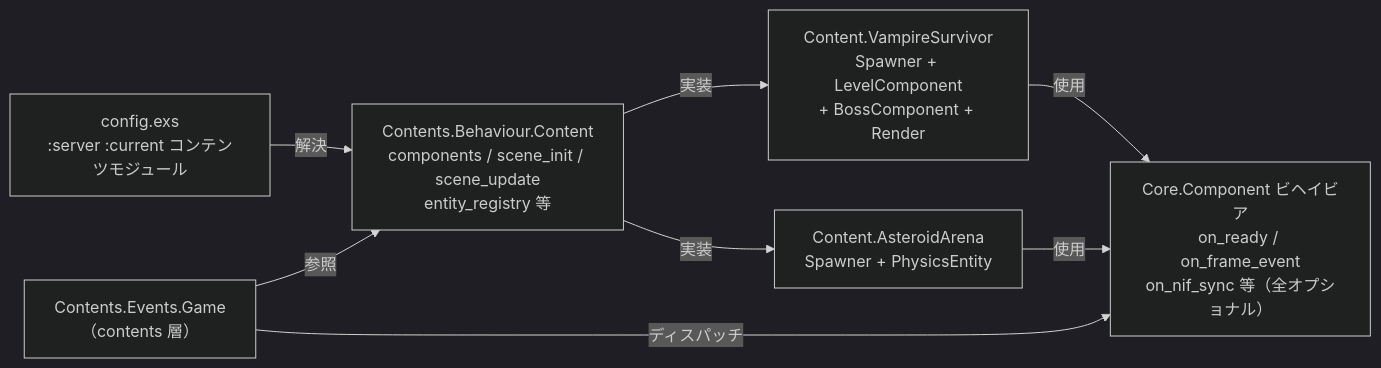
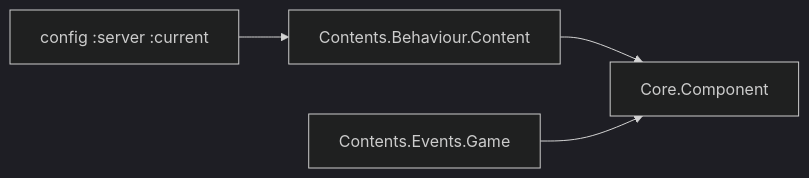
The fifth of 9 diagrams in docs/architecture/overview.md (FRICK-ELDY/alchemy-engine), drawn with Mermaid (dark theme) before and after one commit. The commit also changed other lines of this file and 11 other files, not shown here.

Commit message:
docs(architecture): 現行構成（Formula NIF・Elixir tick・3 コンテンツ）に合わせて更新

````diff
--- a/docs/architecture/overview.md
+++ b/docs/architecture/overview.md
@@ -286,17 +184,11 @@
 ```mermaid
 graph LR
-    CFG["config.exs\n:server :current コンテンツモジュール"]
-    CB["Contents.Behaviour.Content\ncomponents / scene_init / scene_update\nentity_registry 等"]
-    COMP["Core.Component ビヘイビア\non_ready / on_frame_event\non_nif_sync 等（全オプショナル）"]
-    GE["Contents.Events.Game\n（contents 層）"]
-    VS["Content.VampireSurvivor\nSpawner + LevelComponent\n+ BossComponent + Render"]
-    AA["Content.AsteroidArena\nSpawner + PhysicsEntity"]
+    CFG["config :server :current"]
+    CB["Contents.Behaviour.Content"]
+    COMP["Core.Component"]
+    GE["Contents.Events.Game"]
 
-    CFG -->|解決| CB
-    CB -->|実装| VS
-    CB -->|実装| AA
-    VS -->|使用| COMP
-    AA -->|使用| COMP
-    GE -->|参照| CB
-    GE -->|ディスパッチ| COMP
+    CFG --> CB
+    CB --> COMP
+    GE --> COMP
 ```
````
